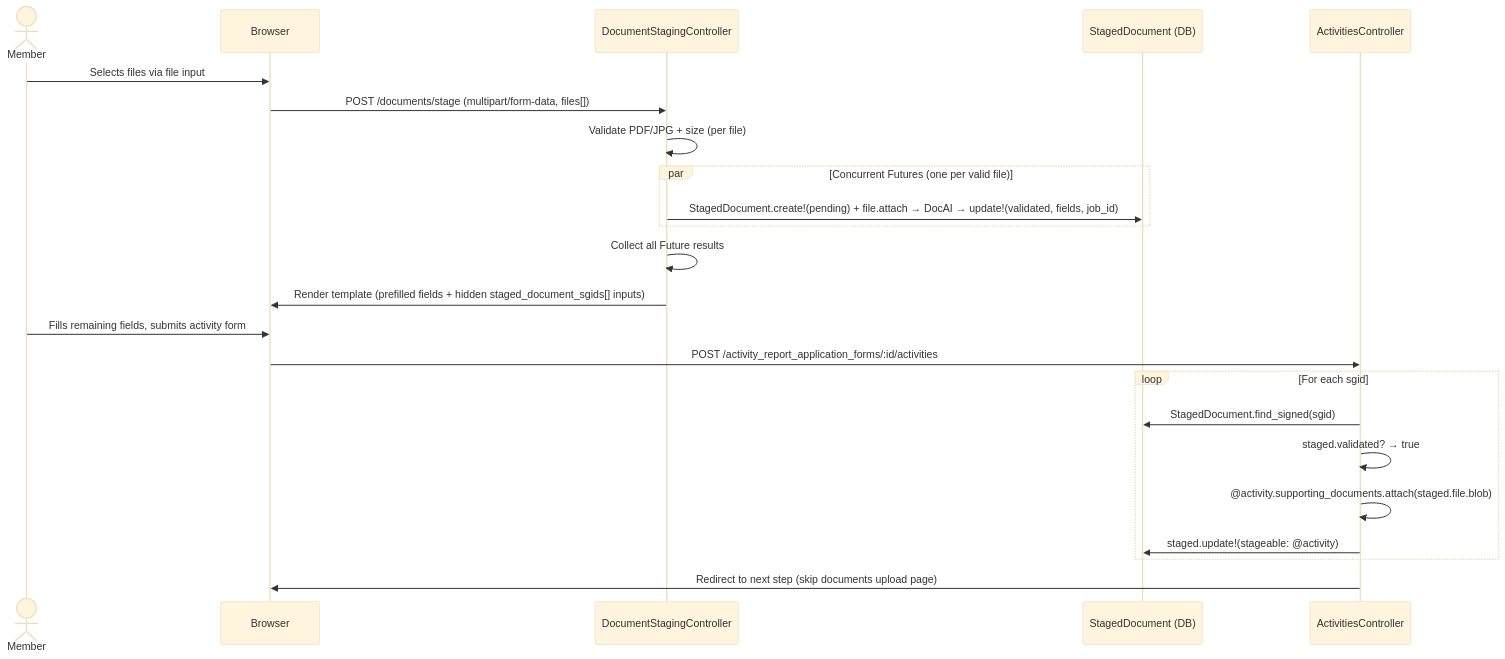
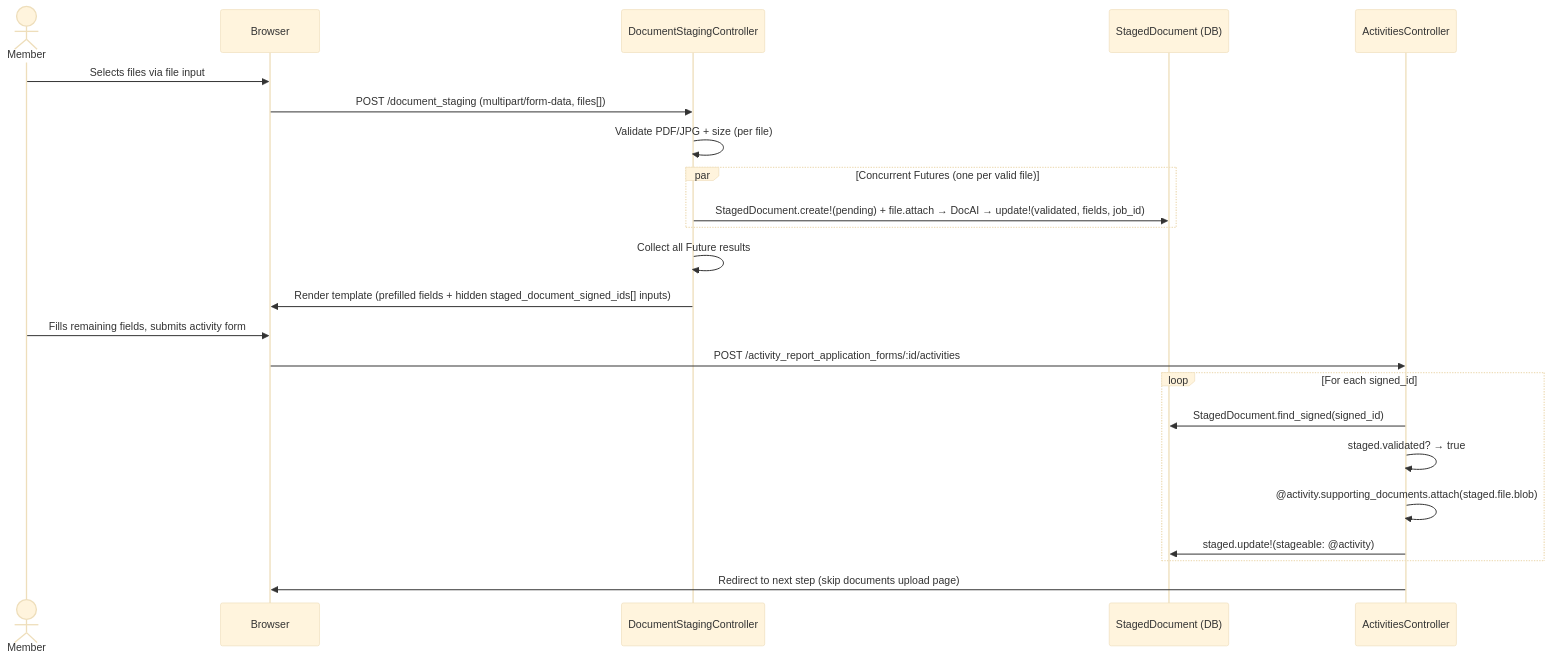
Before and after one commit to navapbc/oscer: the third of 7 diagrams in docs/architecture/doc-ai-integration/doc-ai-api.md, drawn with Mermaid (base theme). The commit also changed other lines of this file, not shown here.

````diff
--- a/docs/architecture/doc-ai-integration/doc-ai-api.md
+++ b/docs/architecture/doc-ai-integration/doc-ai-api.md
@@ -137,27 +149,27 @@
 ```mermaid
 sequenceDiagram
     actor Member
     participant Browser
     participant Staging as DocumentStagingController
     participant DB as StagedDocument (DB)
     participant Activities as ActivitiesController
 
     Member->>Browser: Selects files via file input
-    Browser->>Staging: POST /documents/stage (multipart/form-data, files[])
+    Browser->>Staging: POST /document_staging (multipart/form-data, files[])
     Staging->>Staging: Validate PDF/JPG + size (per file)
     par Concurrent Futures (one per valid file)
         Staging->>DB: StagedDocument.create!(pending) + file.attach → DocAI → update!(validated, fields, job_id)
     end
     Staging->>Staging: Collect all Future results
-    Staging->>Browser: Render template (prefilled fields + hidden staged_document_sgids[] inputs)
+    Staging->>Browser: Render template (prefilled fields + hidden staged_document_signed_ids[] inputs)
 
     Member->>Browser: Fills remaining fields, submits activity form
     Browser->>Activities: POST /activity_report_application_forms/:id/activities
-    loop For each sgid
-        Activities->>DB: StagedDocument.find_signed(sgid)
+    loop For each signed_id
+        Activities->>DB: StagedDocument.find_signed(signed_id)
         Activities->>Activities: staged.validated? → true
         Activities->>Activities: @activity.supporting_documents.attach(staged.file.blob)
         Activities->>DB: staged.update!(stageable: @activity)
     end
     Activities->>Browser: Redirect to next step (skip documents upload page)
 ```
````
